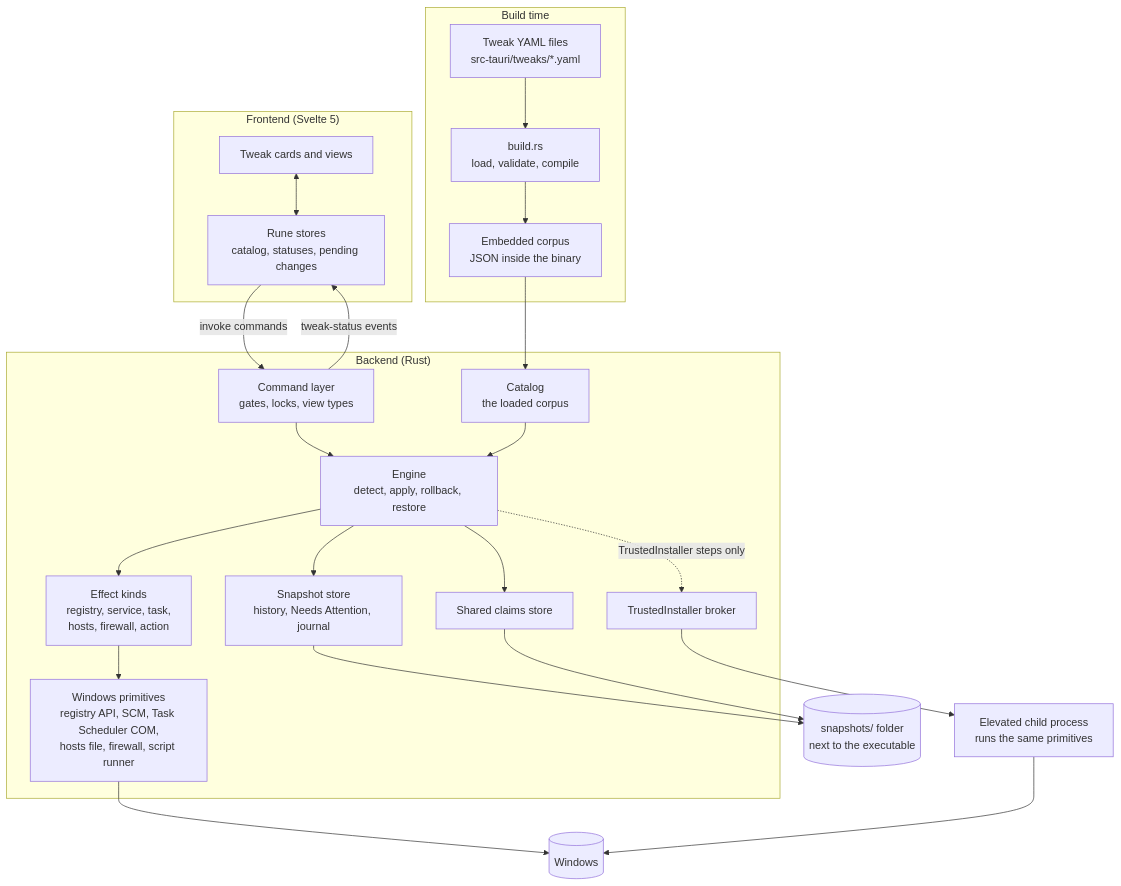
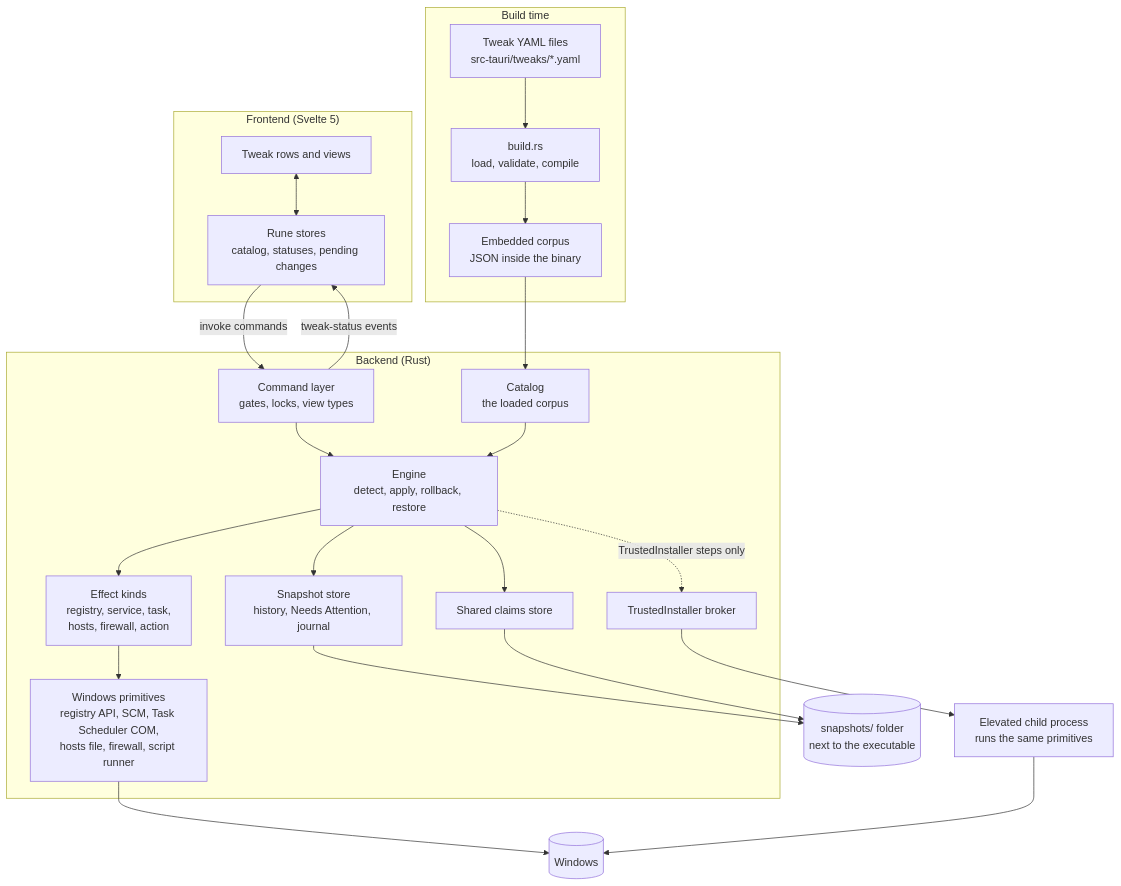
One commit to ehsan18t/magicx-toolbox-gui changed the diagram in docs/architecture/tweak/README.md. Above: the diagram before and after it, drawn with Mermaid. The commit also changed other lines of this file and 337 other files, not shown here.

First line of the commit message:
feat: rebuild the interface around full-width tweak rows (#35)

````diff
--- a/docs/architecture/tweak/README.md
+++ b/docs/architecture/tweak/README.md
@@ -9,36 +9,36 @@
 ```mermaid
 flowchart TB
   subgraph BuildTime["Build time"]
     YAML["Tweak YAML files<br/>src-tauri/tweaks/*.yaml"] --> BuildRs["build.rs<br/>load, validate, compile"]
     BuildRs --> Embedded["Embedded corpus<br/>JSON inside the binary"]
   end
 
   subgraph Frontend["Frontend (Svelte 5)"]
-    Cards["Tweak cards and views"] <--> Stores["Rune stores<br/>catalog, statuses, pending changes"]
+    Rows["Tweak rows and views"] <--> Stores["Rune stores<br/>catalog, statuses, pending changes"]
   end
 
   subgraph Backend["Backend (Rust)"]
     Commands["Command layer<br/>gates, locks, view types"]
     Catalog["Catalog<br/>the loaded corpus"]
     Engine["Engine<br/>detect, apply, rollback, restore"]
     Kinds["Effect kinds<br/>registry, service, task,<br/>hosts, firewall, action"]
     Primitives["Windows primitives<br/>registry API, SCM, Task Scheduler COM,<br/>hosts file, firewall, script runner"]
     Snapshots["Snapshot store<br/>history, Needs Attention, journal"]
     Claims["Shared claims store"]
     Broker["TrustedInstaller broker"]
   end
 
   Child["Elevated child process<br/>runs the same primitives"]
   Disk[("snapshots/ folder<br/>next to the executable")]
   Windows[("Windows")]
 
   Embedded --> Catalog
   Stores -- "invoke commands" --> Commands
   Commands -- "tweak-status events" --> Stores
   Commands --> Engine
   Catalog --> Engine
   Engine --> Kinds --> Primitives --> Windows
   Engine --> Snapshots --> Disk
   Engine --> Claims --> Disk
   Engine -. "TrustedInstaller steps only" .-> Broker --> Child --> Windows
 ```
````
